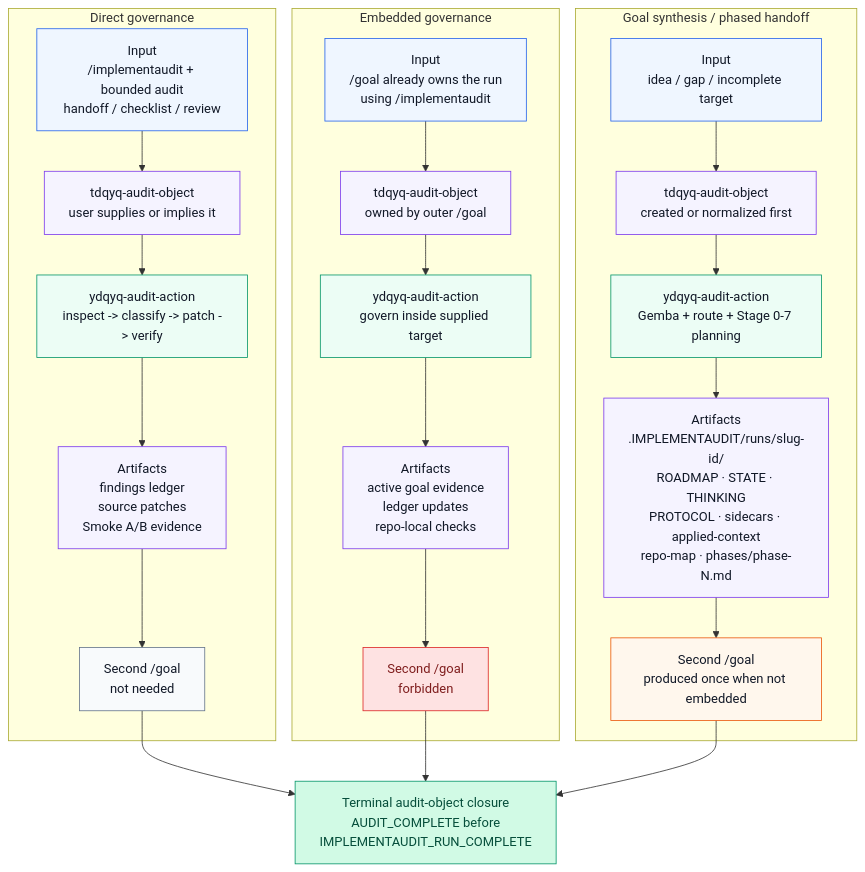
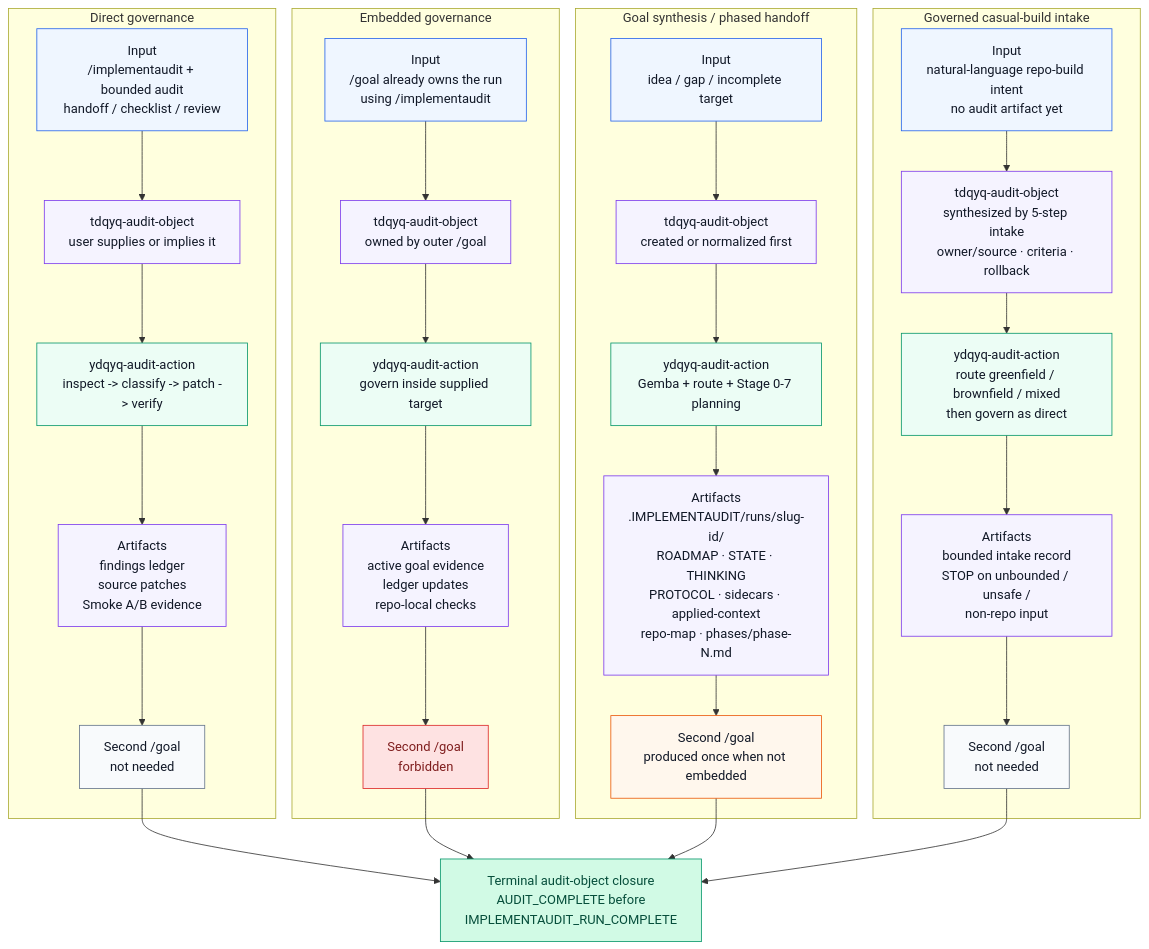
One commit to theislampill/IMPLEMENTAUDIT.md changed the second of 3 diagrams in README.md. Above: the diagram before and after it, drawn with Mermaid. The commit also changed other lines of this file and 78 other files, not shown here.

````diff
--- a/README.md
+++ b/README.md
@@ -177,43 +207,53 @@
 ```mermaid
 flowchart TB
   Final["Terminal audit-object closure<br/>AUDIT_COMPLETE before<br/>IMPLEMENTAUDIT_RUN_COMPLETE"]:::success
 
   subgraph Direct["Direct governance"]
     DIn["Input<br/>/implementaudit + bounded audit<br/>handoff / checklist / review"]:::input
     DObj["tdqyq-audit-object<br/>user supplies or implies it"]:::artifact
     DLoop["ydqyq-audit-action<br/>inspect -> classify -> patch -> verify"]:::loop
     DArt["Artifacts<br/>findings ledger<br/>source patches<br/>Smoke A/B evidence"]:::artifact
     DGoal["Second /goal<br/>not needed"]:::boundary
     DIn --> DObj --> DLoop --> DArt --> DGoal
   end
 
   subgraph Embedded["Embedded governance"]
     EIn["Input<br/>/goal already owns the run<br/>using /implementaudit"]:::input
     EObj["tdqyq-audit-object<br/>owned by outer /goal"]:::artifact
     ELoop["ydqyq-audit-action<br/>govern inside supplied target"]:::loop
     EArt["Artifacts<br/>active goal evidence<br/>ledger updates<br/>repo-local checks"]:::artifact
     EGoal["Second /goal<br/>forbidden"]:::blocker
     EIn --> EObj --> ELoop --> EArt --> EGoal
   end
 
   subgraph Synthesis["Goal synthesis / phased handoff"]
     SIn["Input<br/>idea / gap / incomplete target"]:::input
     SObj["tdqyq-audit-object<br/>created or normalized first"]:::artifact
     SLoop["ydqyq-audit-action<br/>Gemba + route + Stage 0-7 planning"]:::loop
     SArt["Artifacts<br/>.IMPLEMENTAUDIT/runs/slug-id/<br/>ROADMAP · STATE · THINKING<br/>PROTOCOL · sidecars · applied-context<br/>repo-map · phases/phase-N.md"]:::artifact
     SGoal["Second /goal<br/>produced once when not embedded"]:::handoff
     SIn --> SObj --> SLoop --> SArt --> SGoal
   end
 
+  subgraph Casual["Governed casual-build intake"]
+    CIn["Input<br/>natural-language repo-build intent<br/>no audit artifact yet"]:::input
+    CObj["tdqyq-audit-object<br/>synthesized by 5-step intake<br/>owner/source · criteria · rollback"]:::artifact
+    CLoop["ydqyq-audit-action<br/>route greenfield / brownfield / mixed<br/>then govern as direct"]:::loop
+    CArt["Artifacts<br/>bounded intake record<br/>STOP on unbounded / unsafe /<br/>non-repo input"]:::artifact
+    CGoal["Second /goal<br/>not needed"]:::boundary
+    CIn --> CObj --> CLoop --> CArt --> CGoal
+  end
+
   DGoal --> Final
   EGoal --> Final
   SGoal --> Final
+  CGoal --> Final
 
   classDef input fill:#eff6ff,stroke:#2563eb,color:#111827
   classDef loop fill:#ecfdf5,stroke:#059669,color:#111827
   classDef artifact fill:#f5f3ff,stroke:#7c3aed,color:#111827
   classDef boundary fill:#f8fafc,stroke:#64748b,color:#111827
   classDef handoff fill:#fff7ed,stroke:#ea580c,color:#111827
   classDef blocker fill:#fee2e2,stroke:#dc2626,color:#7f1d1d
   classDef success fill:#d1fae5,stroke:#059669,color:#064e3b
 ```
````
